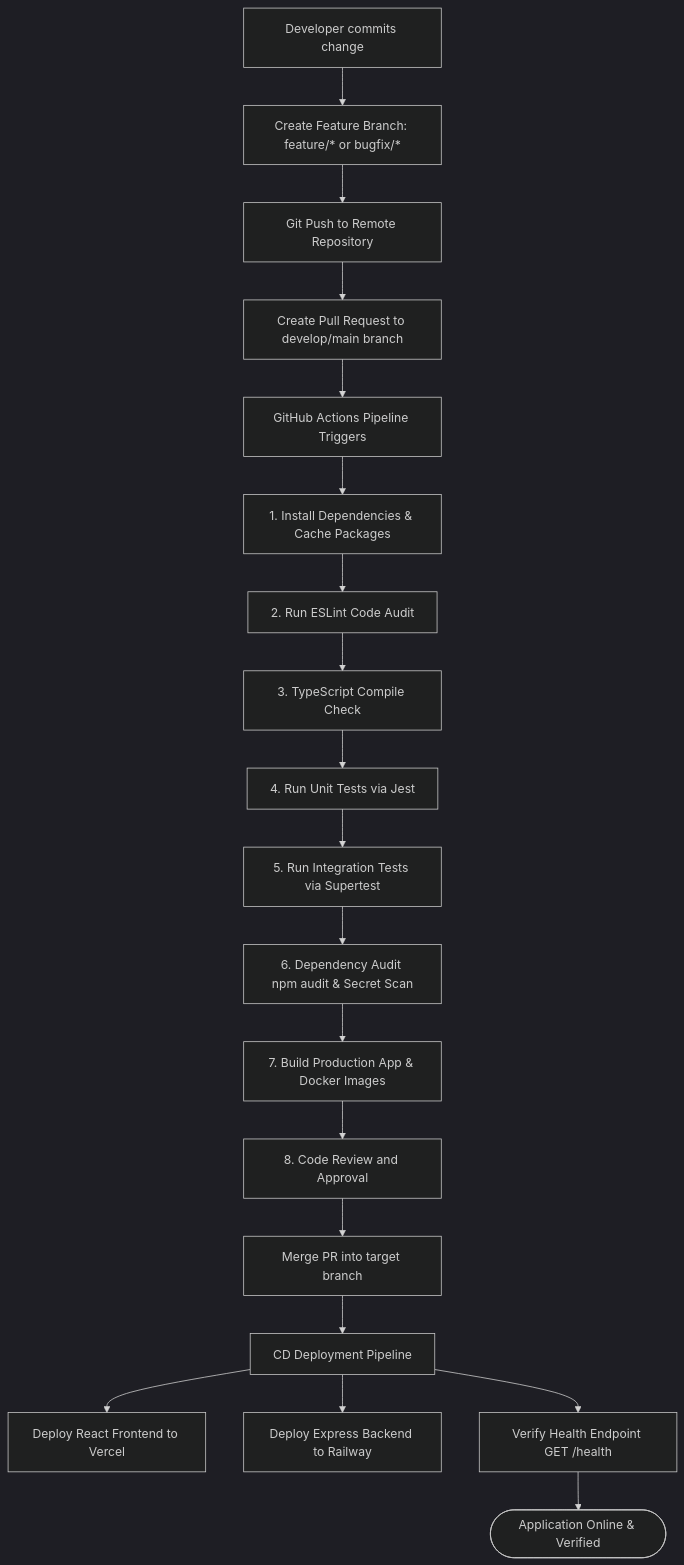
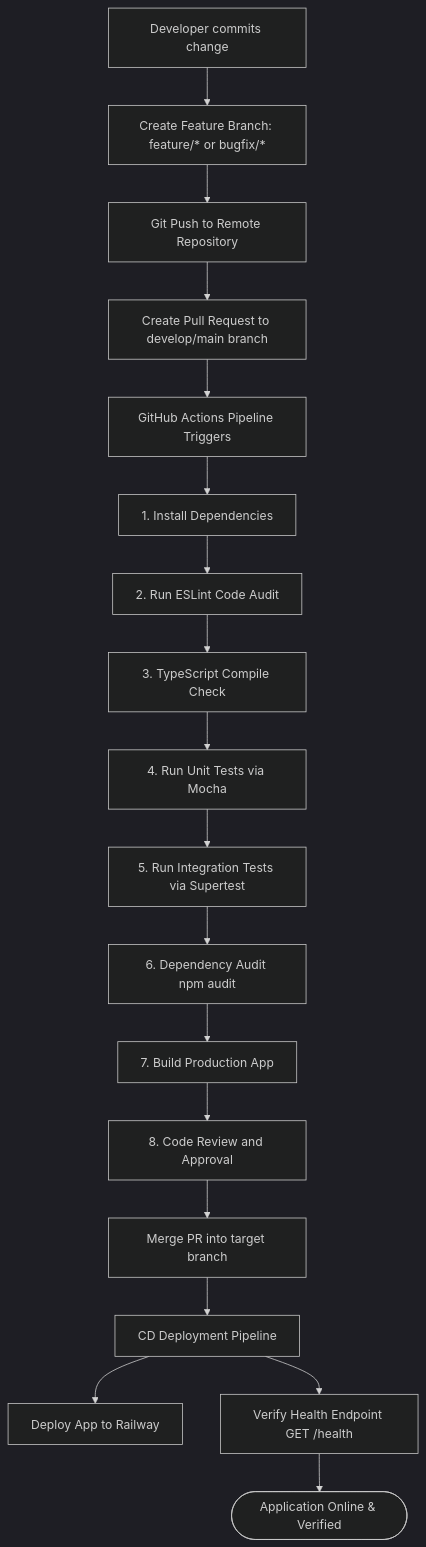
One commit to ShankarSwarup/cardekho_assignment changed the tenth of 10 diagrams in README.md. Above: the diagram before and after it, drawn with Mermaid (dark theme). The commit also changed other lines of this file and 63 other files, not shown here.

````diff
--- a/README.md
+++ b/README.md
@@ -336,26 +330,25 @@
 ```mermaid
 graph TD
     Dev[Developer commits change] --> Branch[Create Feature Branch: feature/* or bugfix/*]
     Branch --> Push[Git Push to Remote Repository]
     Push --> PR[Create Pull Request to develop/main branch]
     PR --> CI[GitHub Actions Pipeline Triggers]
     
     %% CI Steps
-    CI --> Install[1. Install Dependencies & Cache Packages]
+    CI --> Install[1. Install Dependencies]
     Install --> Lint[2. Run ESLint Code Audit]
     Lint --> TypeCheck[3. TypeScript Compile Check]
-    TypeCheck --> Unit[4. Run Unit Tests via Jest]
+    TypeCheck --> Unit[4. Run Unit Tests via Mocha]
     Unit --> Integration[5. Run Integration Tests via Supertest]
-    Integration --> Audit[6. Dependency Audit npm audit & Secret Scan]
-    Audit --> BuildCheck[7. Build Production App & Docker Images]
+    Integration --> Audit[6. Dependency Audit npm audit]
+    Audit --> BuildCheck[7. Build Production App]
     
     BuildCheck --> CodeReview[8. Code Review and Approval]
     CodeReview --> Merge[Merge PR into target branch]
     
     %% CD Deploy Steps
     Merge --> Deploy[CD Deployment Pipeline]
-    Deploy --> Vercel[Deploy React Frontend to Vercel]
-    Deploy --> Railway[Deploy Express Backend to Railway]
+    Deploy --> Railway[Deploy App to Railway]
     Deploy --> HealthCheck[Verify Health Endpoint GET /health]
     HealthCheck --> Production([Application Online & Verified])
 ```
````
